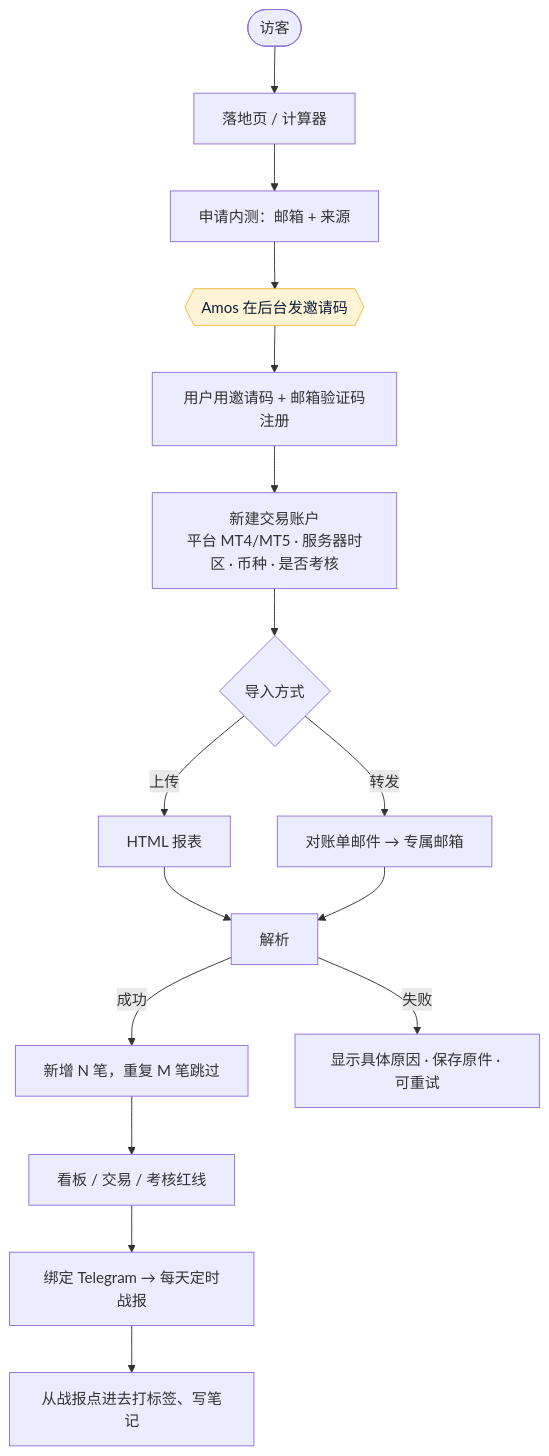
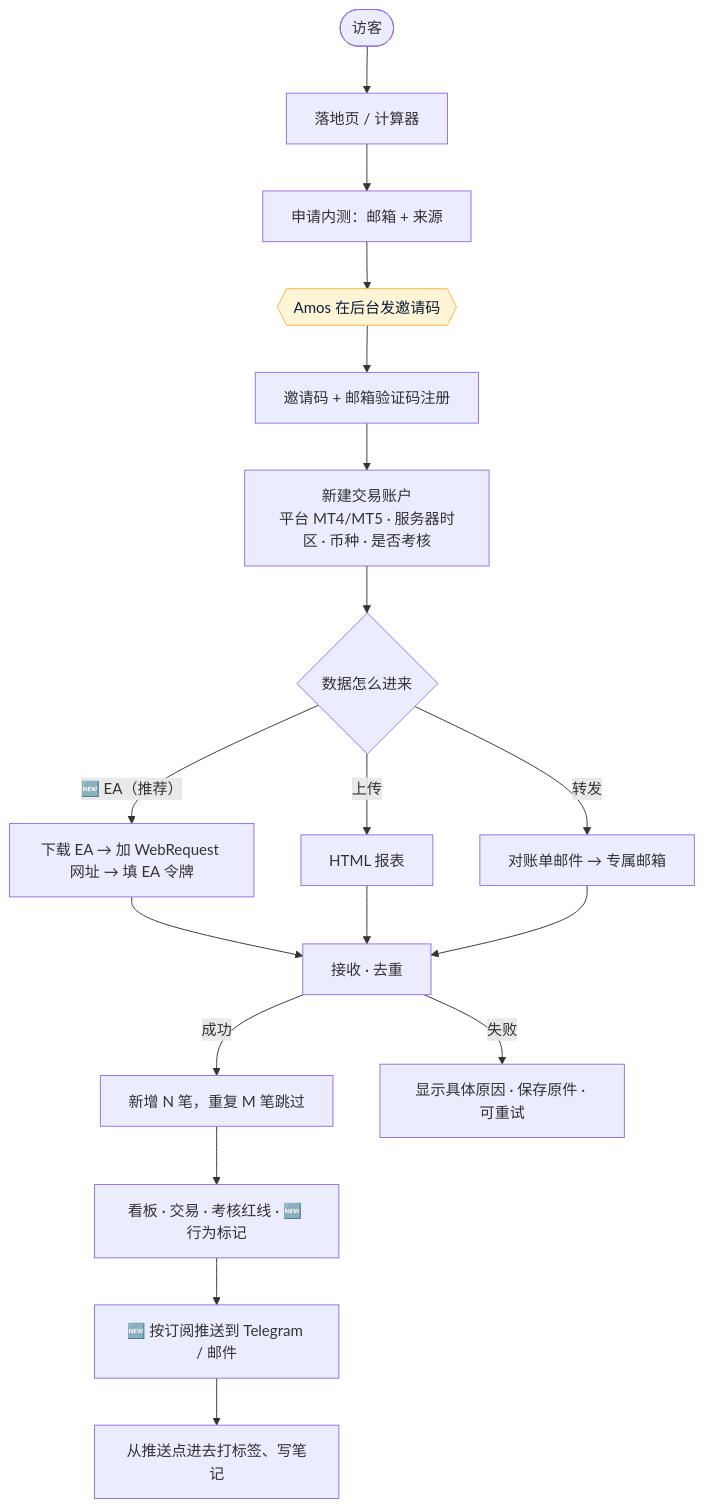
Before and after one commit to dollar3651314/trading-journal: the third of 4 diagrams in 需求文档/v1-需求说明书.md, drawn with Mermaid. The commit also changed other lines of this file and 4 other files, not shown here.

First line of the commit message:
需求说明书 v1.2：EA 数据接入、行为习惯识别、邮件推送、通知订阅（Amos V1–V4 按默认）；测试预审 T9–T14；市场调研 v1.1 补 EA 部分；新增线框图 ⑨⑩

````diff
--- a/需求文档/v1-需求说明书.md
+++ b/需求文档/v1-需求说明书.md
@@ -63,21 +114,23 @@
 ```mermaid
 flowchart TD
     A([访客]) --> B["落地页 / 计算器"]
     B --> C["申请内测：邮箱 + 来源"]
     C --> D{{"Amos 在后台发邀请码"}}
-    D --> E["用户用邀请码 + 邮箱验证码注册"]
+    D --> E["邀请码 + 邮箱验证码注册"]
     E --> F["新建交易账户<br/>平台 MT4/MT5 · 服务器时区 · 币种 · 是否考核"]
-    F --> G{"导入方式"}
+    F --> G{"数据怎么进来"}
+    G -->|"🆕 EA（推荐）"| EA["下载 EA → 加 WebRequest 网址 → 填 EA 令牌"]
     G -->|上传| H["HTML 报表"]
     G -->|转发| I["对账单邮件 → 专属邮箱"]
-    H --> J["解析"]
+    EA --> J["接收 · 去重"]
+    H --> J
     I --> J
     J -->|成功| K["新增 N 笔，重复 M 笔跳过"]
     J -->|失败| L["显示具体原因 · 保存原件 · 可重试"]
-    K --> M["看板 / 交易 / 考核红线"]
-    M --> N["绑定 Telegram → 每天定时战报"]
-    N --> O["从战报点进去打标签、写笔记"]
+    K --> M["看板 · 交易 · 考核红线 · 🆕 行为标记"]
+    M --> N["🆕 按订阅推送到 Telegram / 邮件"]
+    N --> O["从推送点进去打标签、写笔记"]
 
     classDef amos fill:#FFF4D6,stroke:#F5B83D,color:#0B1F3A
     class D amos
 ```
````
